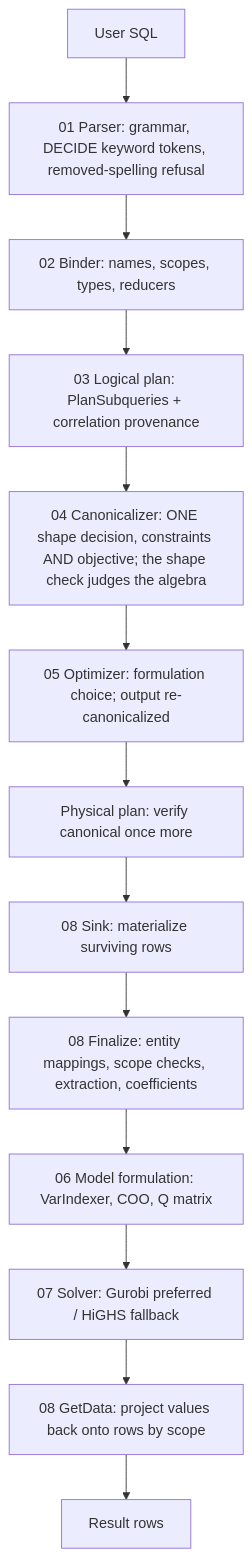
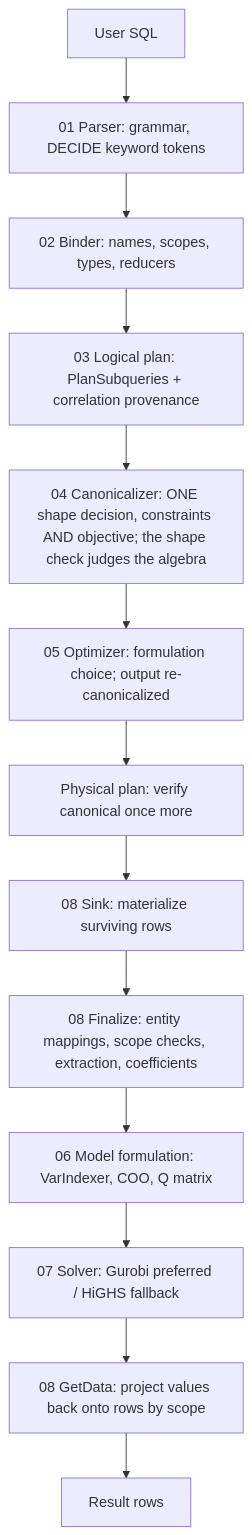
One commit to huda-lab/decidb changed the diagram in context/docs/pipeline/architecture.md. Above: the diagram before and after it, drawn with Mermaid. The commit also changed other lines of this file and 46 other files, not shown here.

````diff
--- a/context/docs/pipeline/architecture.md
+++ b/context/docs/pipeline/architecture.md
@@ -148,15 +169,15 @@
 ```mermaid
 graph TD
-    User[User SQL] --> P[01 Parser: grammar, DECIDE keyword tokens, removed-spelling refusal]
+    User[User SQL] --> P[01 Parser: grammar, DECIDE keyword tokens]
     P --> B[02 Binder: names, scopes, types, reducers]
     B --> L[03 Logical plan: PlanSubqueries + correlation provenance]
     L --> C[04 Canonicalizer: ONE shape decision, constraints AND objective; the shape check judges the algebra]
     C --> O[05 Optimizer: formulation choice; output re-canonicalized]
     O --> PH[Physical plan: verify canonical once more]
     PH --> S[08 Sink: materialize surviving rows]
     S --> F[08 Finalize: entity mappings, scope checks, extraction, coefficients]
     F --> M[06 Model formulation: VarIndexer, COO, Q matrix]
     M --> SV[07 Solver: Gurobi preferred / HiGHS fallback]
     SV --> R[08 GetData: project values back onto rows by scope]
     R --> Out[Result rows]
 ```
````
